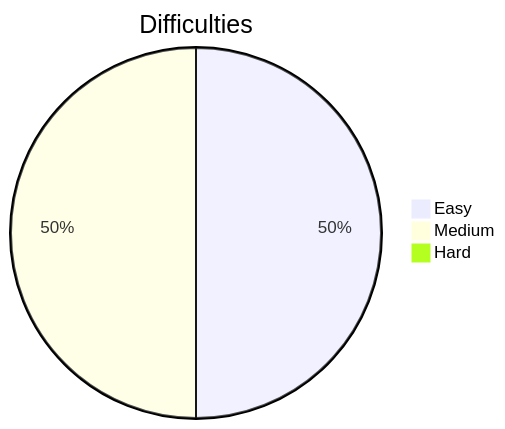
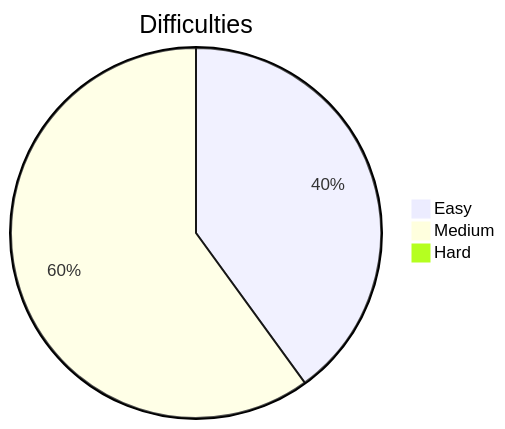
Before and after one commit to Parth099/Leetcode-Solutions: the diagram in README.md, drawn with Mermaid. The commit also changed other lines of this file and 2 other files, not shown here.

````diff
--- a/README.md
+++ b/README.md
@@ -5,7 +5,7 @@
 ```mermaid
 pie
     title Difficulties
     "Easy"   : 4
-    "Medium" : 4
+    "Medium" : 6
     "Hard"   : 0
 ```
````
